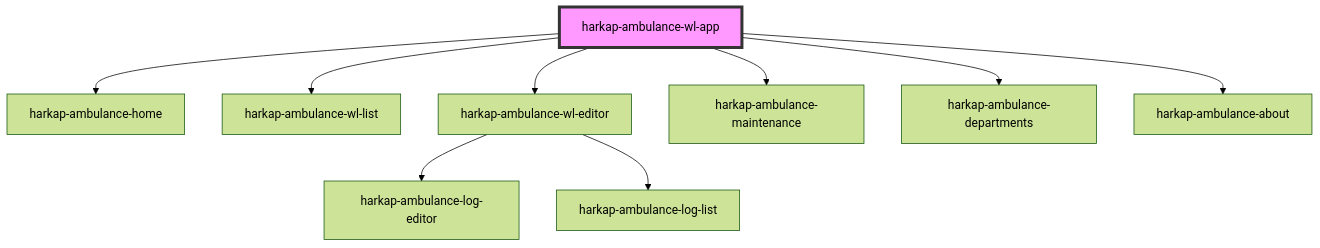
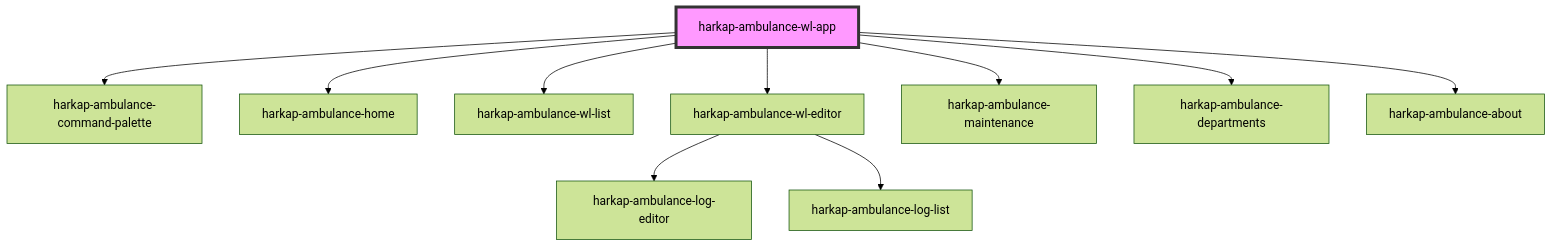
One commit to AkosKappel/wac changed the diagram in wac-ufe/src/components/harkap-ambulance-wl-app/readme.md. Above: the diagram before and after it, drawn with Mermaid (forest theme). The commit also changed other lines of this file and 10 other files, not shown here.

Commit message:
Add a Ctrl+K command palette for pages, devices and departments

````diff
--- a/wac-ufe/src/components/harkap-ambulance-wl-app/readme.md
+++ b/wac-ufe/src/components/harkap-ambulance-wl-app/readme.md
@@ -28,12 +29,13 @@
 ```mermaid
 graph TD;
+  harkap-ambulance-wl-app --> harkap-ambulance-command-palette
   harkap-ambulance-wl-app --> harkap-ambulance-home
   harkap-ambulance-wl-app --> harkap-ambulance-wl-list
   harkap-ambulance-wl-app --> harkap-ambulance-wl-editor
   harkap-ambulance-wl-app --> harkap-ambulance-maintenance
   harkap-ambulance-wl-app --> harkap-ambulance-departments
   harkap-ambulance-wl-app --> harkap-ambulance-about
   harkap-ambulance-wl-editor --> harkap-ambulance-log-editor
   harkap-ambulance-wl-editor --> harkap-ambulance-log-list
   style harkap-ambulance-wl-app fill:#f9f,stroke:#333,stroke-width:4px
 ```
````
